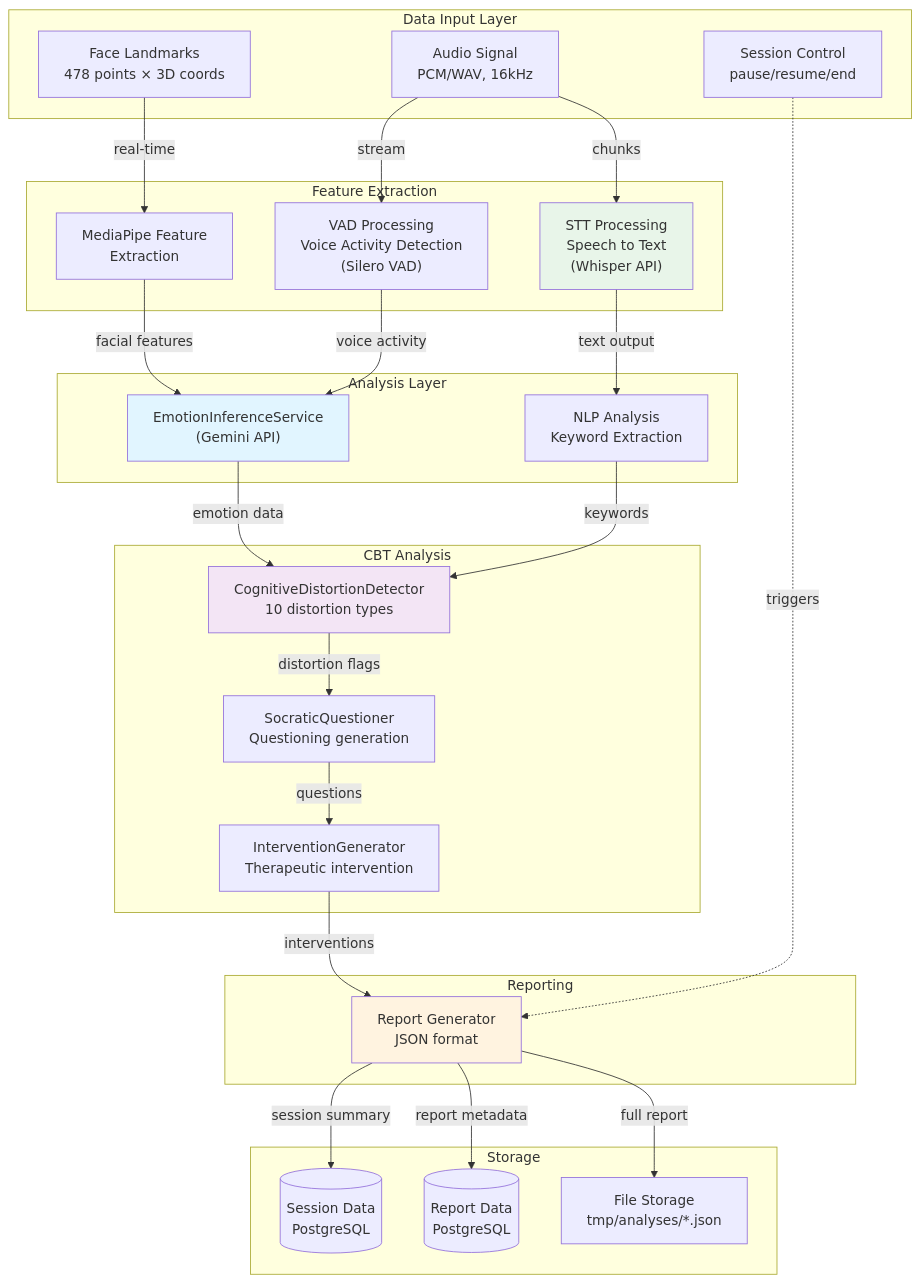
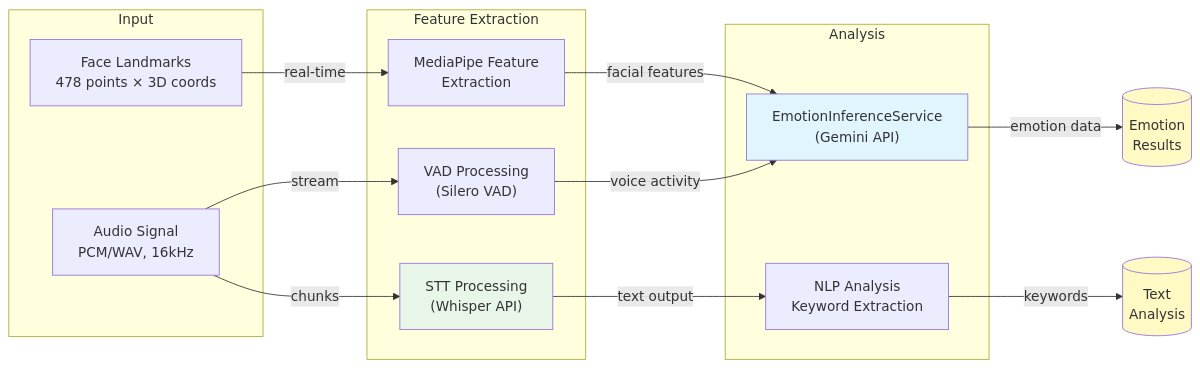
One commit to KUS-CapstoneDesign-II/BeMoreBackend changed the second of 5 diagrams in README.md. Above: the diagram before and after it, drawn with Mermaid.

Commit message:
docs(readme): split processing pipeline into 2 diagrams for better rendering
Problem: Processing Pipeline diagram was cut off in GitHub (vertical overflow)

Solution: Split into 2 horizontal flowcharts:
- Part 1: Data Processing (Input → Feature Extraction → Analysis)
- Part 2: CBT Analysis (CBT modules → Reporting → Storage)

Benefits:
- Each diagram fits within GitHub Mermaid rendering limits
- Logical separation (data processing vs therapeutic analysis)
- Improved readability with LR (left-to-right) layout
- All components now visible

Document version: 4.1.0 → 4.1.1 (diagram layout fix)

🤖 Generated with [Claude Code](https://claude.com/claude-code)

````diff
--- a/README.md
+++ b/README.md
@@ -143,61 +145,34 @@
 ```mermaid
-flowchart TD
-    subgraph "Data Input Layer"
+flowchart LR
+    subgraph "Input"
         A["Face Landmarks<br/>478 points × 3D coords"]
         B["Audio Signal<br/>PCM/WAV, 16kHz"]
-        C["Session Control<br/>pause/resume/end"]
     end
 
     subgraph "Feature Extraction"
         A1["MediaPipe Feature<br/>Extraction"]
-        B1["VAD Processing<br/>Voice Activity Detection<br/>(Silero VAD)"]
-        B2["STT Processing<br/>Speech to Text<br/>(Whisper API)"]
+        B1["VAD Processing<br/>(Silero VAD)"]
+        B2["STT Processing<br/>(Whisper API)"]
     end
 
-    subgraph "Analysis Layer"
+    subgraph "Analysis"
         D["EmotionInferenceService<br/>(Gemini API)"]
         E["NLP Analysis<br/>Keyword Extraction"]
-    end
-
-    subgraph "CBT Analysis"
-        G1["CognitiveDistortionDetector<br/>10 distortion types"]
-        G2["SocraticQuestioner<br/>Questioning generation"]
-        G3["InterventionGenerator<br/>Therapeutic intervention"]
-    end
-
-    subgraph "Reporting"
-        H["Report Generator<br/>JSON format"]
-    end
-
-    subgraph "Storage"
-        I[(Session Data<br/>PostgreSQL)]
-        J[(Report Data<br/>PostgreSQL)]
-        K["File Storage<br/>tmp/analyses/*.json"]
     end
 
     A -->|real-time| A1
     B -->|stream| B1
     B -->|chunks| B2
 
     A1 -->|facial features| D
     B1 -->|voice activity| D
     B2 -->|text output| E
 
-    D -->|emotion data| G1
-    E -->|keywords| G1
-
-    G1 -->|distortion flags| G2
-    G2 -->|questions| G3
-    G3 -->|interventions| H
-
-    H -->|session summary| I
-    H -->|report metadata| J
-    H -->|full report| K
-
-    C -.->|triggers| H
+    D -->|emotion data| OUT1[("Emotion<br/>Results")]
+    E -->|keywords| OUT2[("Text<br/>Analysis")]
 
     style D fill:#e1f5ff
     style B2 fill:#e8f5e9
-    style G1 fill:#f3e5f5
-    style H fill:#fff3e0
+    style OUT1 fill:#fff9c4
+    style OUT2 fill:#fff9c4
 ```
````
